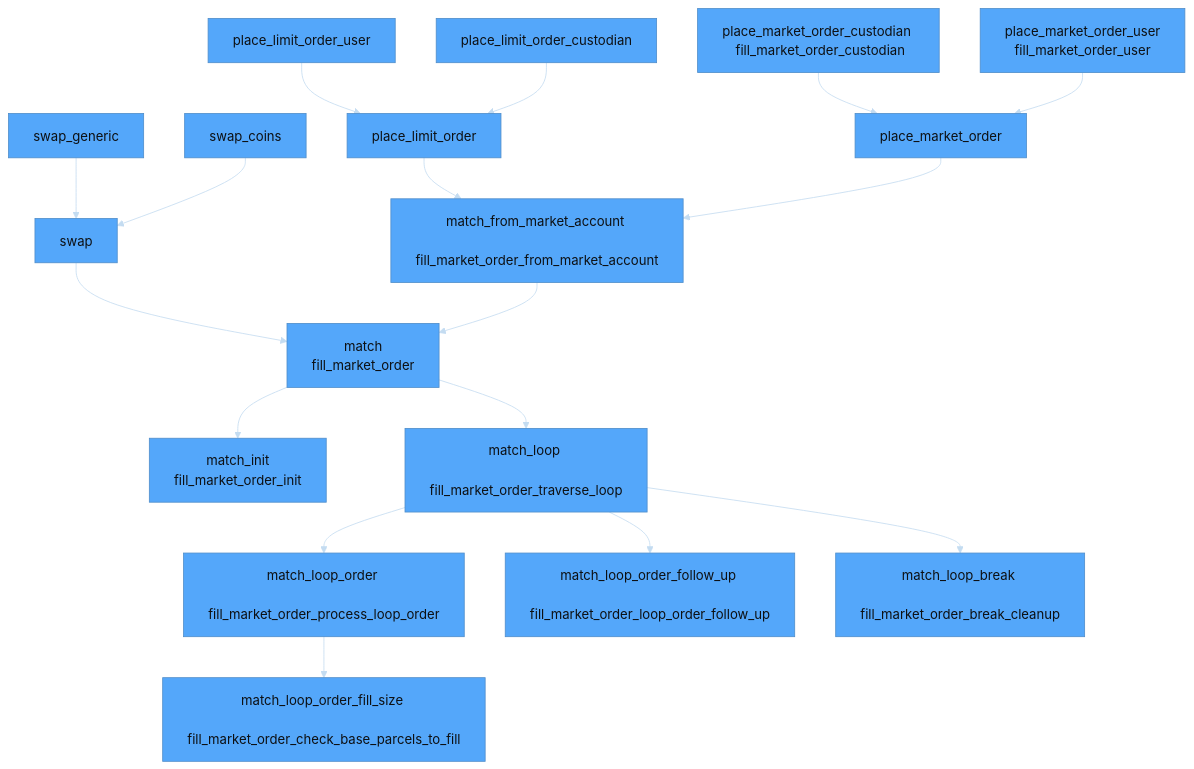
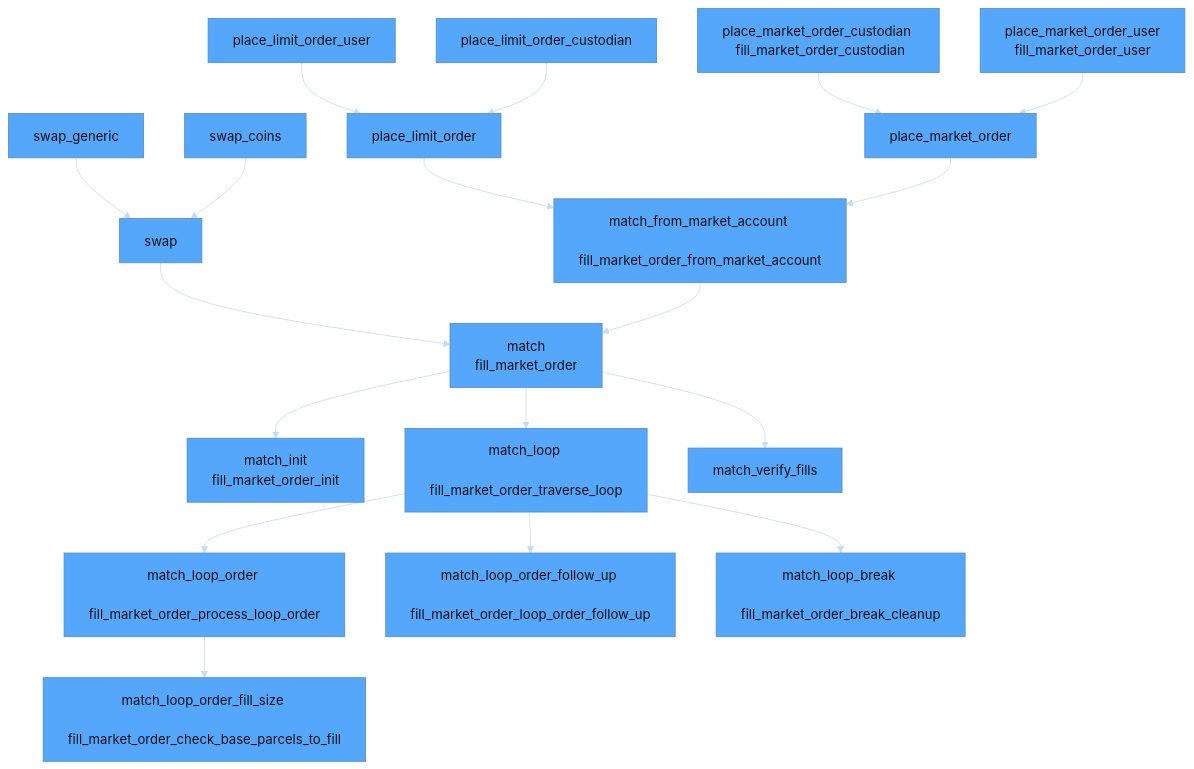
One commit to econia-labs/econia changed the third of 3 diagrams in src/move/econia/dependencies.md. Above: the diagram before and after it, drawn with Mermaid. The commit also changed 3 other files, not shown here.

````diff
--- a/src/move/econia/dependencies.md
+++ b/src/move/econia/dependencies.md
@@ -49,71 +49,73 @@
 ```mermaid
 
 %%{init: {'theme': 'base', 'themeVariables': {'primaryColor': '#54a7fa', 'lineColor': '#c4dcf1', 'primaryTextColor': '#0d1013', 'secondaryColor': '#c4dcf1'}}}%%
 
 flowchart TD
 
 %% Node definitions
 
     match[match <br/> fill_market_order]
     match_from_market_account[match_from_market_account <br/> fill_market_order_from_market_account]
     match_init[match_init <br> fill_market_order_init]
     swap[swap]
     place_market_order[place_market_order]
     place_market_order_custodian[place_market_order_custodian <br/> fill_market_order_custodian]
     place_market_order_user[place_market_order_user <br/> fill_market_order_user]
     place_limit_order[place_limit_order]
     place_limit_order_custodian[place_limit_order_custodian]
     place_limit_order_user[place_limit_order_user]
     match_loop[match_loop <br/> fill_market_order_traverse_loop]
     match_loop_order[match_loop_order <br/> fill_market_order_process_loop_order]
     match_loop_order_fill_size[match_loop_order_fill_size <br/> fill_market_order_check_base_parcels_to_fill]
     match_loop_order_follow_up[match_loop_order_follow_up <br/> fill_market_order_loop_order_follow_up]
     match_loop_break[match_loop_break <br/> fill_market_order_break_cleanup]
     swap_coins[swap_coins]
     swap_generic[swap_generic]
-
+    match_verify_fills[match_verify_fills]
 
 %% Class definitions
 
     classDef partially_implemented fill:#a020f0 %% Purple
     classDef implemented fill:#32cd32 %% Lime Green
     classDef unimplemented fill:#708090 %% Slate Gray
 
+    class match_verify_fills unimplemented;
     class swap_coins unimplemented;
     class swap_generic unimplemented
     class match unimplemented;
     class match_from_market_account unimplemented;
     class match_init unimplemented;
     class swap unimplemented;
     class place_market_order unimplemented;
     class place_market_order_custodian unimplemented;
     class place_market_order_user unimplemented;
     class place_limit_order partially_implemented;
     class place_limit_order_custodian partially_implemented;
     class place_limit_order_user partially_implemented;
     class match_loop unimplemented;
     class match_loop_order implemented;
     class match_loop_order_fill_size implemented;
     class match_loop_order_follow_up unimplemented;
     class match_loop_break unimplemented
 
 %% Node relationships
 
+    match --> match_verify_fills
     swap_generic --> swap
     swap_coins --> swap
     place_limit_order_user --> place_limit_order
     place_limit_order_custodian --> place_limit_order
     place_limit_order --> match_from_market_account
     place_market_order --> match_from_market_account
     place_market_order_custodian --> place_market_order
     swap --> match
     place_market_order_user --> place_market_order
     match --> match_init
     match --> match_loop
     match_from_market_account --> match
     match_loop_order --> match_loop_order_fill_size
     match_loop --> match_loop_order
     match_loop --> match_loop_order_follow_up
     match_loop --> match_loop_break
 
 ```
````
